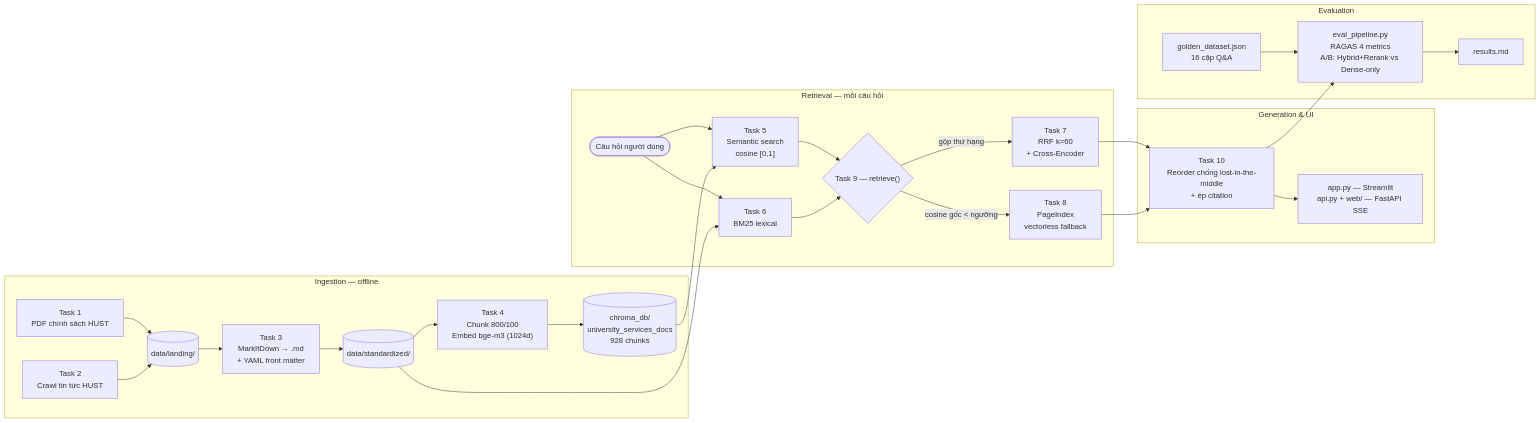
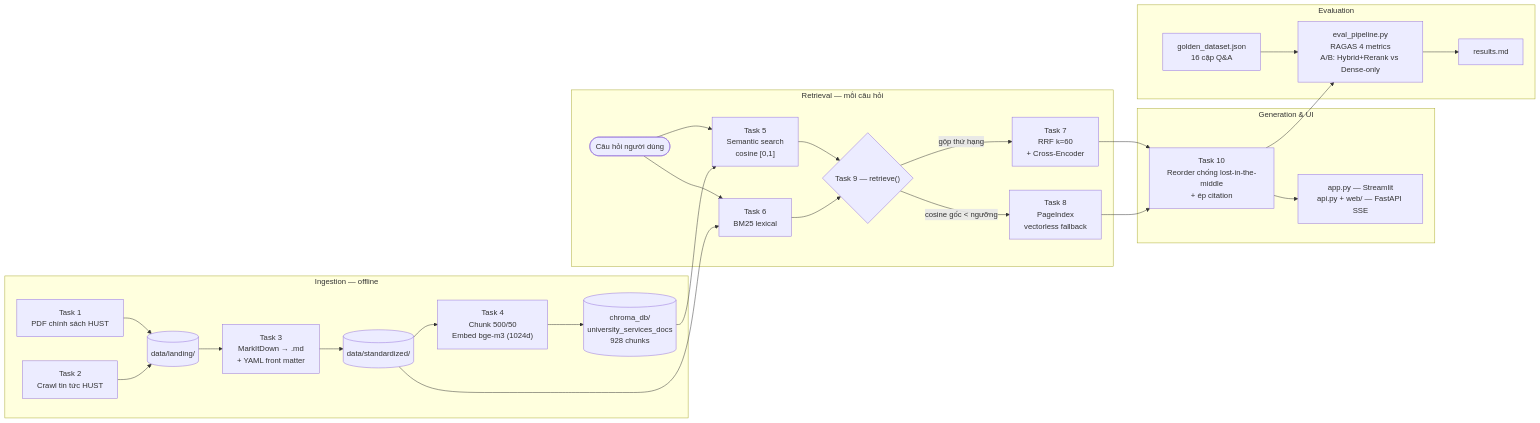
The diagram in README.md (lystiger/K3-Day08-RAG-Pipeline), drawn with Mermaid before and after one commit. The commit also changed 4 other files, not shown here.

````diff
--- a/README.md
+++ b/README.md
@@ -552,34 +552,34 @@
 ```mermaid
 flowchart LR
     subgraph ING["Ingestion — offline"]
         T1["Task 1<br/>PDF chính sách HUST"] --> LZ[("data/landing/")]
         T2["Task 2<br/>Crawl tin tức HUST"] --> LZ
         LZ --> T3["Task 3<br/>MarkItDown → .md<br/>+ YAML front matter"]
         T3 --> SZ[("data/standardized/")]
-        SZ --> T4["Task 4<br/>Chunk 800/100<br/>Embed bge-m3 (1024d)"]
+        SZ --> T4["Task 4<br/>Chunk 500/50<br/>Embed bge-m3 (1024d)"]
         T4 --> CDB[("chroma_db/<br/>university_services_docs<br/>928 chunks")]
     end
 
     subgraph RET["Retrieval — mỗi câu hỏi"]
         Q(["Câu hỏi người dùng"]) --> T5["Task 5<br/>Semantic search<br/>cosine [0,1]"]
         Q --> T6["Task 6<br/>BM25 lexical"]
         CDB --> T5
         SZ --> T6
         T5 --> T9{"Task 9 — retrieve()"}
         T6 --> T9
         T9 -->|gộp thứ hạng| T7["Task 7<br/>RRF k=60<br/>+ Cross-Encoder"]
         T9 -->|cosine gốc &lt; ngưỡng| T8["Task 8<br/>PageIndex<br/>vectorless fallback"]
     end
 
     subgraph GEN["Generation & UI"]
         T7 --> T10["Task 10<br/>Reorder chống lost-in-the-middle<br/>+ ép citation"]
         T8 --> T10
         T10 --> UI["app.py — Streamlit<br/>api.py + web/ — FastAPI SSE"]
     end
 
     subgraph EVAL["Evaluation"]
         GD["golden_dataset.json<br/>16 cặp Q&A"] --> EV["eval_pipeline.py<br/>RAGAS 4 metrics<br/>A/B: Hybrid+Rerank vs Dense-only"]
         T10 --> EV
         EV --> RES["results.md"]
     end
 ```
````
